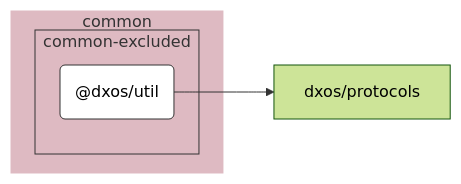
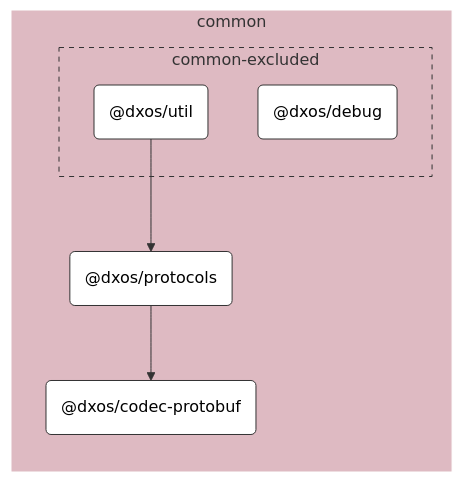
Before and after one commit to dxos/dxos: the diagram in packages/common/util/docs/README.md, drawn with Mermaid (forest theme). The commit also changed 65 other files, not shown here.

````diff
--- a/packages/common/util/docs/README.md
+++ b/packages/common/util/docs/README.md
@@ -7,25 +7,32 @@
 ```mermaid
 %%{ init: {'flowchart':{'curve':'basis'}} }%%
 
 flowchart LR
 
 %% Classes
 classDef def fill:#fff,stroke:#333,stroke-width:1px
 classDef root fill:#fff,stroke:#333,stroke-width:4px
 
 %% Nodes
 
 subgraph common [common]
   style common fill:#debac2,stroke:#fff
+  dxos/protocols("@dxos/protocols"):::def
+  click dxos/protocols "dxos/dxos/tree/main/packages/common/protocols/docs"
+  dxos/codec-protobuf("@dxos/codec-protobuf"):::def
+  click dxos/codec-protobuf "dxos/dxos/tree/main/packages/common/codec-protobuf/docs"
 
   subgraph common-excluded [common-excluded]
-    style common-excluded fill:#debac2,stroke:#333,stroke-dashed:5 5
+    style common-excluded fill:#debac2,stroke:#333,stroke-dasharray:5 5
     dxos/util("@dxos/util"):::def
     click dxos/util "dxos/dxos/tree/main/packages/common/util/docs"
+    dxos/debug("@dxos/debug"):::def
+    click dxos/debug "dxos/dxos/tree/main/packages/common/debug/docs"
   end
 end
 
 %% Links
 linkStyle default stroke:#333,stroke-width:1px
 dxos/util --> dxos/protocols
+dxos/protocols --> dxos/codec-protobuf
 ```
````
